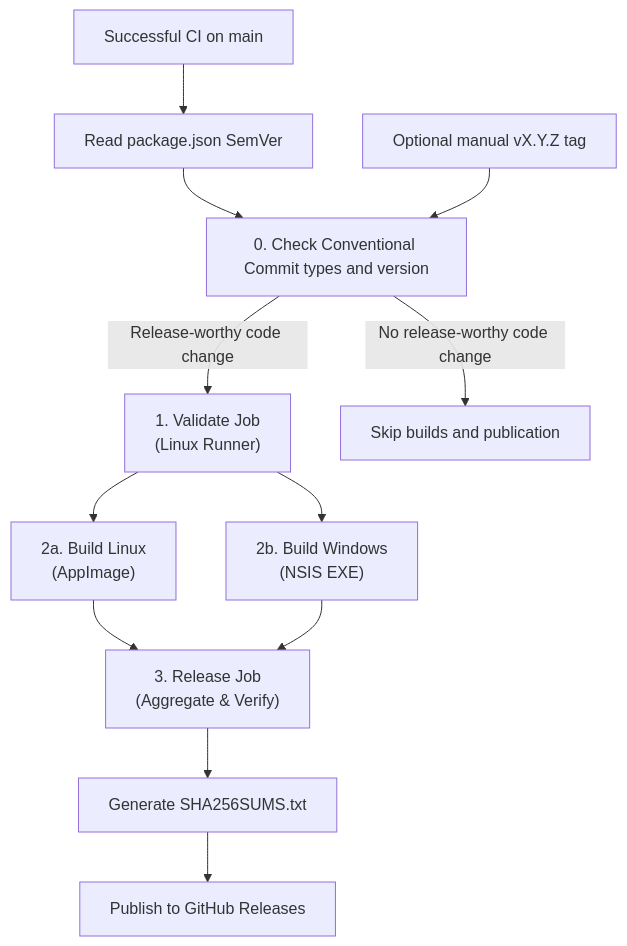
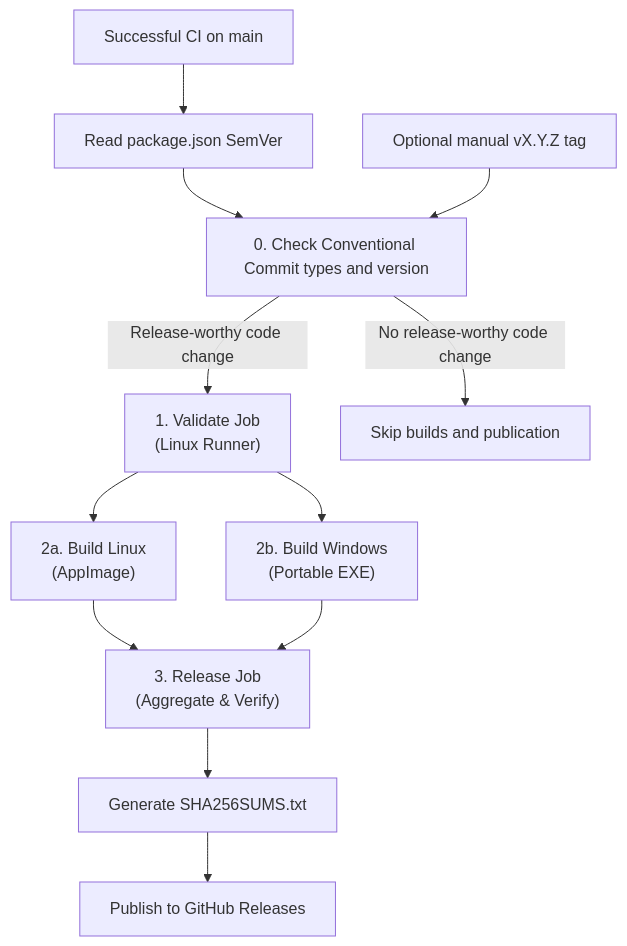
One commit to jirayaSenju/rt-library changed the second of 2 diagrams in docs/releasing.md. Above: the diagram before and after it, drawn with Mermaid. The commit also changed other lines of this file and 7 other files, not shown here.

````diff
--- a/docs/releasing.md
+++ b/docs/releasing.md
@@ -110,14 +112,14 @@
 ```mermaid
 graph TD
     Main["Successful CI on main"] --> Version["Read package.json SemVer"]
     Version --> Eligibility["0. Check Conventional Commit types and version"]
     Eligibility -->|"Release-worthy code change"| Validate["1. Validate Job<br/>(Linux Runner)"]
     Validate --> BuildLinux["2a. Build Linux<br/>(AppImage)"]
-    Validate --> BuildWin["2b. Build Windows<br/>(NSIS EXE)"]
+    Validate --> BuildWin["2b. Build Windows<br/>(Portable EXE)"]
     BuildLinux --> Release["3. Release Job<br/>(Aggregate & Verify)"]
     BuildWin --> Release
     Release --> Checksums["Generate SHA256SUMS.txt"]
     Checksums --> Publish["Publish to GitHub Releases"]
     Eligibility -->|"No release-worthy code change"| Skip["Skip builds and publication"]
     ManualTag["Optional manual vX.Y.Z tag"] --> Eligibility
 ```
````
